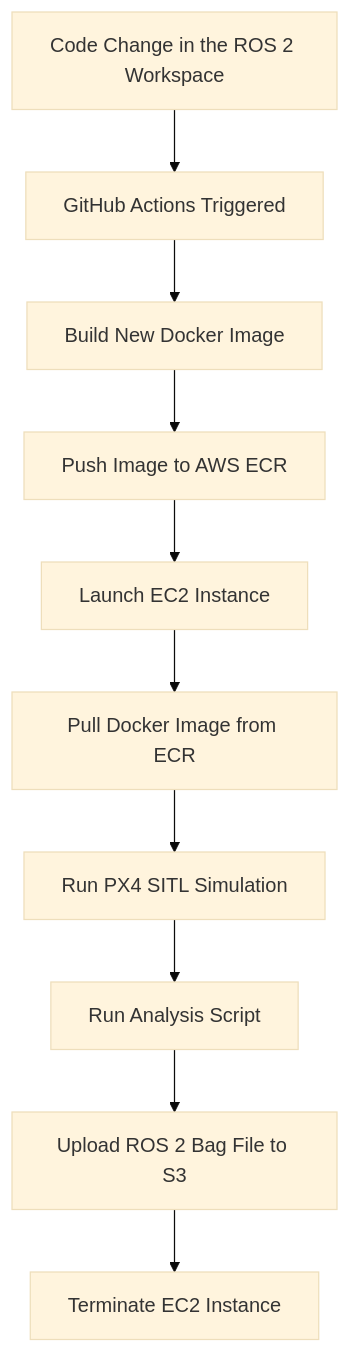
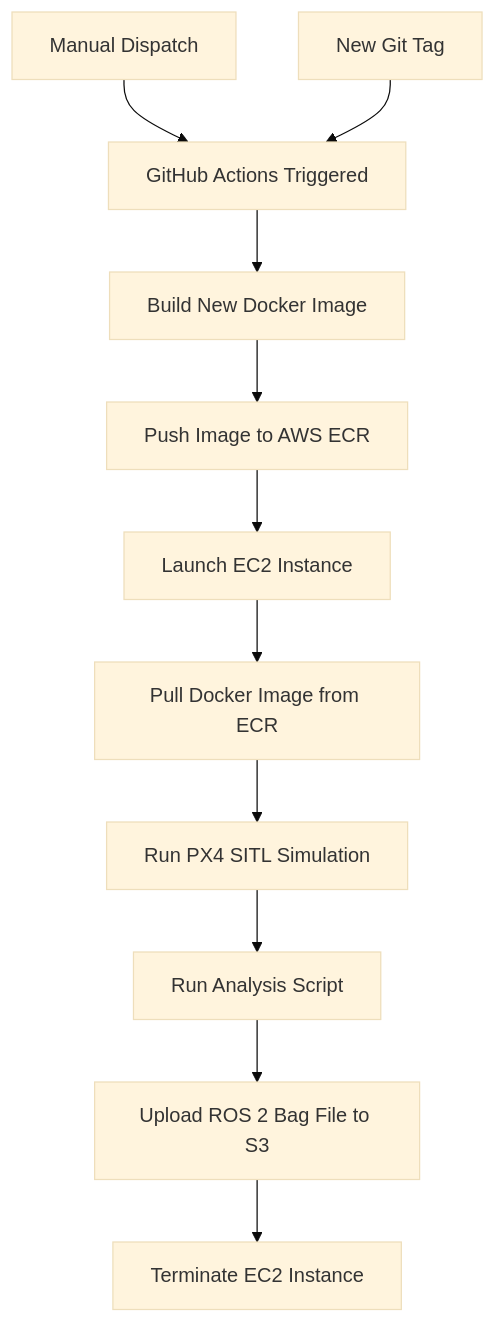
The diagram in README.md (iftahnaf/px4_sitl_on_aws), drawn with Mermaid (base theme) before and after one commit.

Commit message:
docs(readme): update mermaid

````diff
--- a/README.md
+++ b/README.md
@@ -21,13 +21,14 @@
 ```mermaid
 flowchart TB
-    A[Code Change in the ROS 2 Workspace] --> B[GitHub Actions Triggered]
-    B --> C[Build New Docker Image]
-    C --> D[Push Image to AWS ECR]
-    D --> E[Launch EC2 Instance]
-    E --> F[Pull Docker Image from ECR]
-    F --> G[Run PX4 SITL Simulation]
-    G --> H[Run Analysis Script]
-    H --> I[Upload ROS 2 Bag File to S3]
-    I --> J[Terminate EC2 Instance]
+    A[Manual Dispatch] --> C[GitHub Actions Triggered]
+    B[New Git Tag] --> C
+    C --> D[Build New Docker Image]
+    D --> E[Push Image to AWS ECR]
+    E --> F[Launch EC2 Instance]
+    F --> G[Pull Docker Image from ECR]
+    G --> H[Run PX4 SITL Simulation]
+    H --> I[Run Analysis Script]
+    I --> J[Upload ROS 2 Bag File to S3]
+    J --> K[Terminate EC2 Instance]
 
 ```
````
